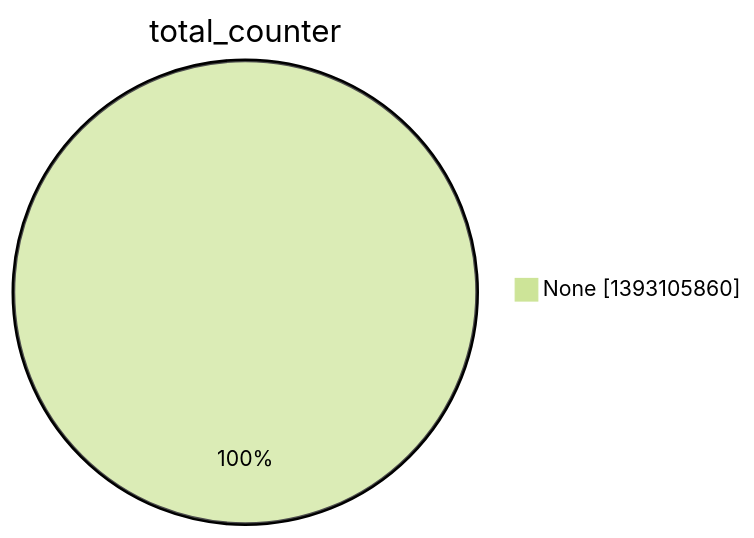
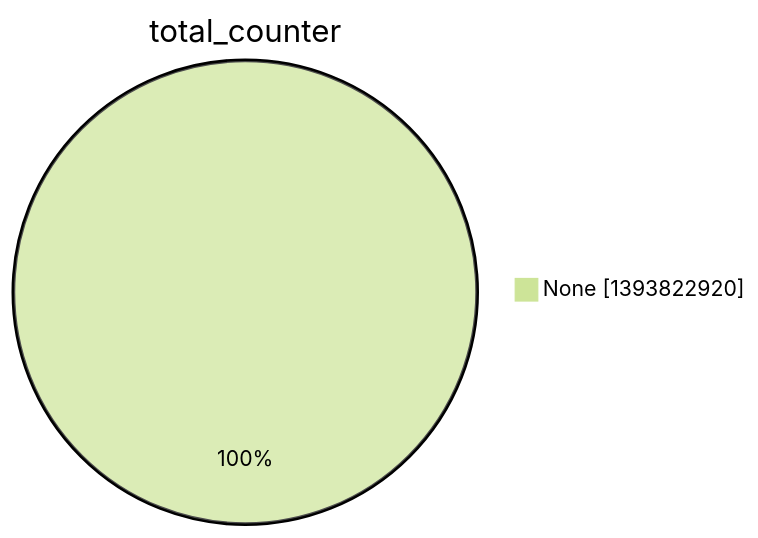
Before and after one commit to christiankrug/ctmonitor_visualization: the second of 15 diagrams in argon2022/README.md, drawn with Mermaid (forest theme). The commit also changed other lines of this file, not shown here.

````diff
--- a/argon2022/README.md
+++ b/argon2022/README.md
@@ -9,5 +9,5 @@
 ```mermaid
 pie showData
 title total_counter
-"None" :1393105860
+"None" :1393822920
 ```
````
